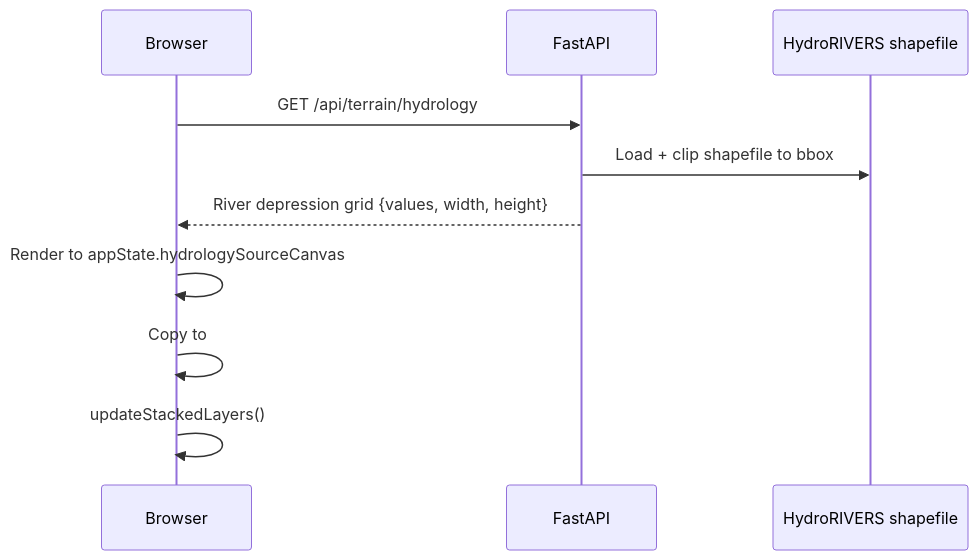
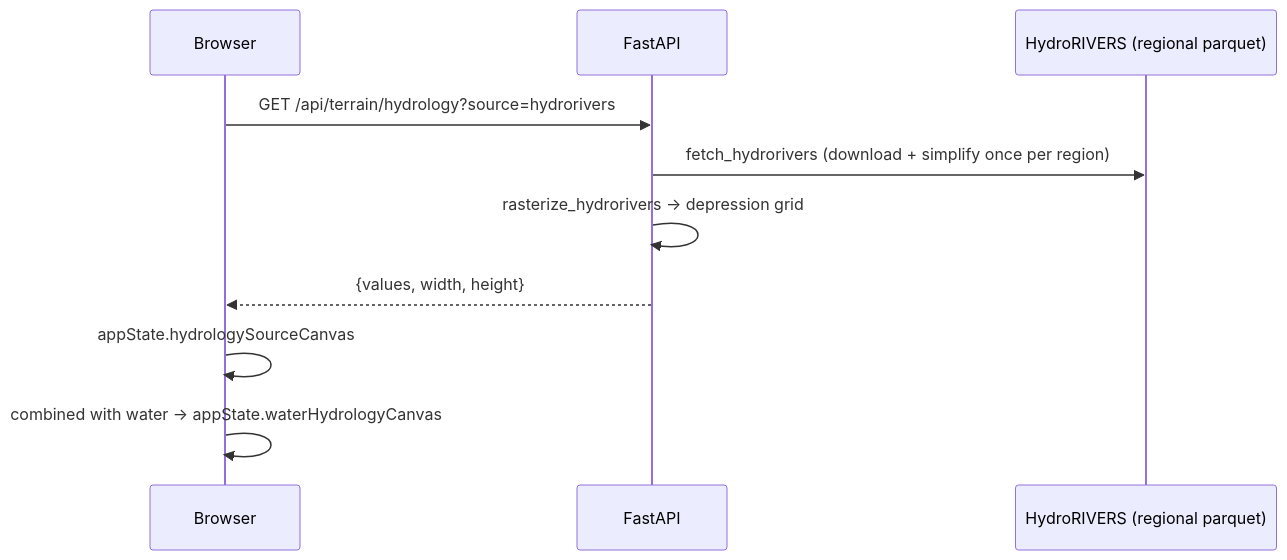
Before and after one commit to EdgarCardenasDeLaHoz/map2stl: the fifth of 7 diagrams in docs/reference/layer-system.md, drawn with Mermaid. The commit also changed other lines of this file and 314 other files, not shown here.

First line of the commit message:
Docs reorganized: one INDEX, guides/, reference/, decisions/, plans roadmap, research/, history/

````diff
--- a/docs/reference/layer-system.md
+++ b/docs/reference/layer-system.md
@@ -141,13 +155,12 @@
 ```mermaid
 sequenceDiagram
     participant FE as Browser
     participant BE as FastAPI
-    participant HDB as HydroRIVERS shapefile
-
-    FE->>BE: GET /api/terrain/hydrology
-    BE->>HDB: Load + clip shapefile to bbox
-    BE-->>FE: River depression grid {values, width, height}
-    FE->>FE: Render to appState.hydrologySourceCanvas
-    FE->>FE: Copy to #layerHydroCanvas
-    FE->>FE: updateStackedLayers()
+    participant HDB as HydroRIVERS (regional parquet)
+    FE->>BE: GET /api/terrain/hydrology?source=hydrorivers
+    BE->>HDB: fetch_hydrorivers (download + simplify once per region)
+    BE->>BE: rasterize_hydrorivers → depression grid
+    BE-->>FE: {values, width, height}
+    FE->>FE: appState.hydrologySourceCanvas
+    FE->>FE: combined with water → appState.waterHydrologyCanvas
 ```
````
